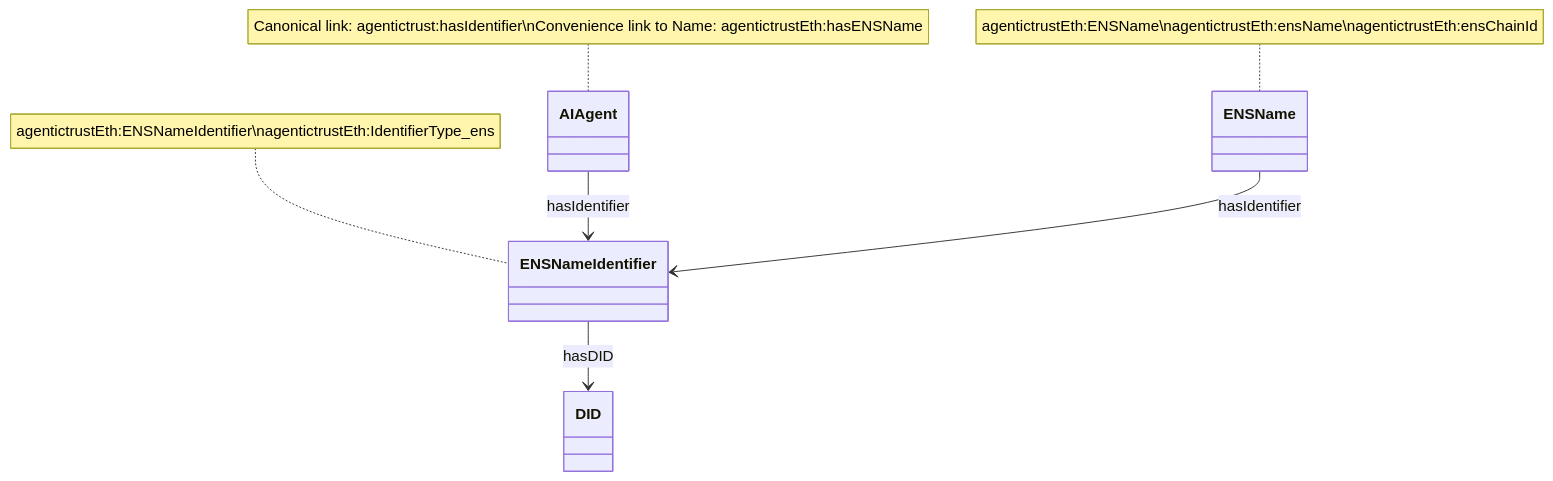
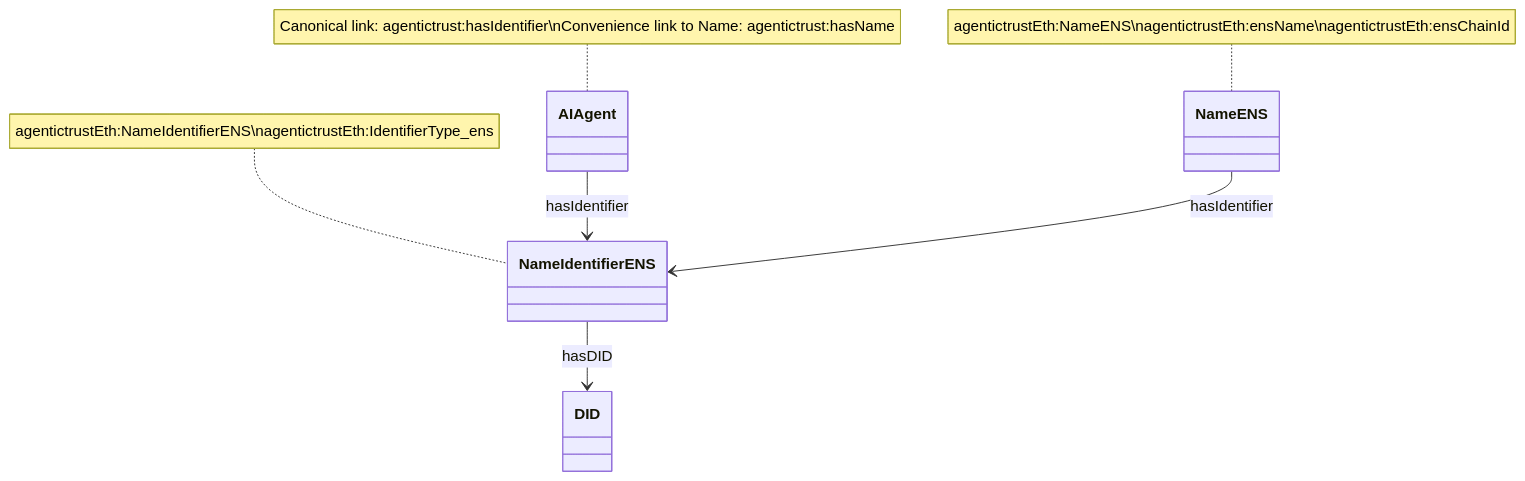
Before and after one commit to Agentic-Trust-Layer/agent-explorer: the fourth of 6 diagrams in docs/ontology/identifiers.md, drawn with Mermaid. The commit also changed other lines of this file and 13 other files, not shown here.

````diff
--- a/docs/ontology/identifiers.md
+++ b/docs/ontology/identifiers.md
@@ -170,15 +170,15 @@
 ```mermaid
 classDiagram
     class AIAgent
-    class ENSName
-    class ENSNameIdentifier
+    class NameENS
+    class NameIdentifierENS
     class DID
     
-    AIAgent --> ENSNameIdentifier : hasIdentifier
-    ENSName --> ENSNameIdentifier : hasIdentifier
-    ENSNameIdentifier --> DID : hasDID
+    AIAgent --> NameIdentifierENS : hasIdentifier
+    NameENS --> NameIdentifierENS : hasIdentifier
+    NameIdentifierENS --> DID : hasDID
     
-    note for AIAgent "Canonical link: agentictrust:hasIdentifier\nConvenience link to Name: agentictrustEth:hasENSName"
-    note for ENSName "agentictrustEth:ENSName\nagentictrustEth:ensName\nagentictrustEth:ensChainId"
-    note for ENSNameIdentifier "agentictrustEth:ENSNameIdentifier\nagentictrustEth:IdentifierType_ens"
+    note for AIAgent "Canonical link: agentictrust:hasIdentifier\nConvenience link to Name: agentictrust:hasName"
+    note for NameENS "agentictrustEth:NameENS\nagentictrustEth:ensName\nagentictrustEth:ensChainId"
+    note for NameIdentifierENS "agentictrustEth:NameIdentifierENS\nagentictrustEth:IdentifierType_ens"
 ```
````
